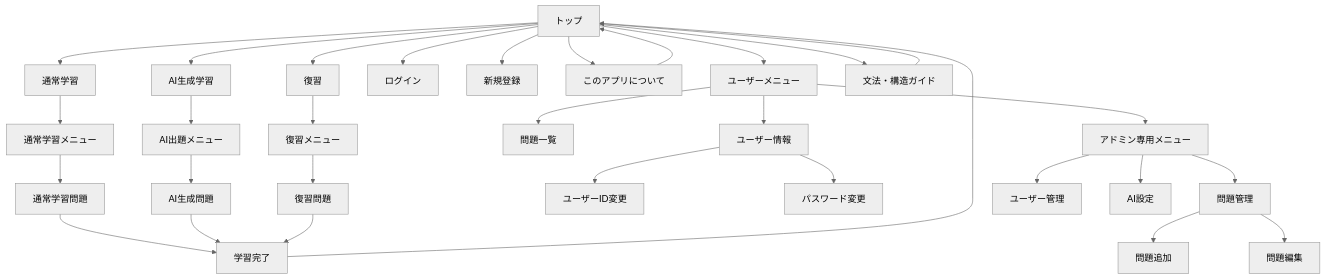
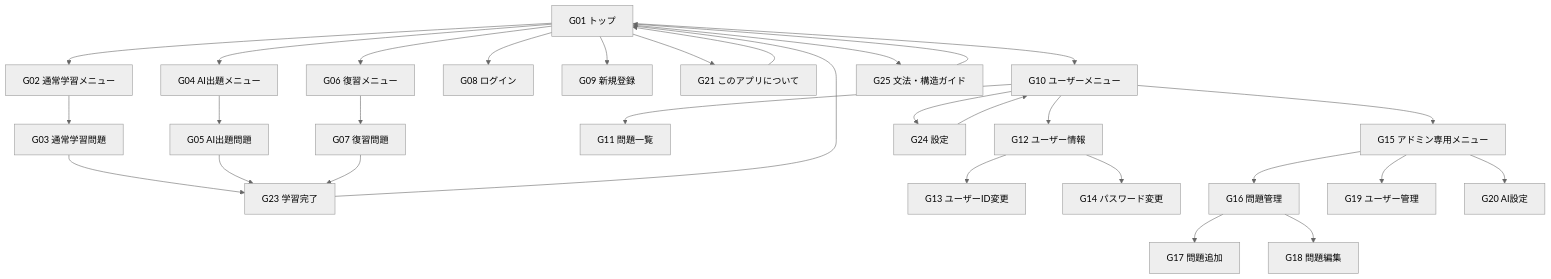
The second of 3 diagrams in docs/requirements/screen-transition.md (mawsonlakes790913/ChineseOutputTrainerApplication), drawn with Mermaid (neutral theme) before and after one commit. The commit also changed other lines of this file and 5 other files, not shown here.

````diff
--- a/docs/requirements/screen-transition.md
+++ b/docs/requirements/screen-transition.md
@@ -447,46 +793,44 @@
 ```mermaid
 flowchart TD
 
-A["トップ"]
+A["G01 トップ"]
 
-A --> D["通常学習"]
-A --> E["AI生成学習"]
-A --> F["復習"]
-A --> L["ログイン"]
-A --> R["新規登録"]
-A --> T["このアプリについて"]
-A --> U["ユーザーメニュー"]
-A --> S["文法・構造ガイド"]
+A --> D["G02 通常学習メニュー"]
+A --> E["G04 AI出題メニュー"]
+A --> F["G06 復習メニュー"]
+A --> L["G08 ログイン"]
+A --> R["G09 新規登録"]
+A --> T["G21 このアプリについて"]
+A --> U["G10 ユーザーメニュー"]
+A --> S["G25 文法・構造ガイド"]
 
+D --> D2["G03 通常学習問題"]
+D2 --> Z["G23 学習完了"]
 
-D --> D1["通常学習メニュー"]
-D1 --> D2["通常学習問題"]
-D2 --> Z["学習完了"]
-
-E --> E1["AI出題メニュー"]
-E1 --> E2["AI生成問題"]
+E --> E2["G05 AI出題問題"]
 E2 --> Z
 
-F --> F1["復習メニュー"]
-F1 --> F2["復習問題"]
+F --> F2["G07 復習問題"]
 F2 --> Z
 
-U --> U1["問題一覧"]
-U --> U2["ユーザー情報"]
-U --> M["アドミン専用メニュー"]
+U --> U1["G11 問題一覧"]
+U --> U2["G12 ユーザー情報"]
+U --> U5["G24 設定"]
+U --> M["G15 アドミン専用メニュー"]
 
-U2 --> U3["ユーザーID変更"]
-U2 --> U4["パスワード変更"]
+U2 --> U3["G13 ユーザーID変更"]
+U2 --> U4["G14 パスワード変更"]
 
-M --> M1["問題管理"]
-M --> M2["ユーザー管理"]
-M --> M3["AI設定"]
+U5 --> U
 
-M1 --> M11["問題追加"]
-M1 --> M12["問題編集"]
+M --> M1["G16 問題管理"]
+M --> M2["G19 ユーザー管理"]
+M --> M3["G20 AI設定"]
+
+M1 --> M11["G17 問題追加"]
+M1 --> M12["G18 問題編集"]
 
 S --> A
-
 Z --> A
 T --> A
 ```
````
